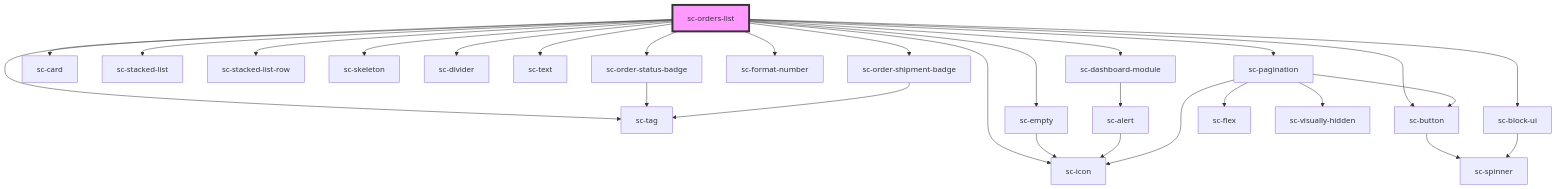
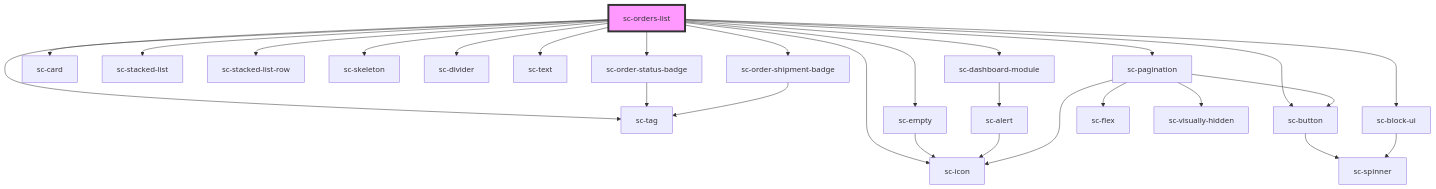
The diagram in packages/components/src/components/controllers/dashboard/orders-list/readme.md (surecart/surecart-wp-plugin), drawn with Mermaid before and after one commit. The commit also changed other lines of this file and 37 other files, not shown here.

````diff
--- a/packages/components/src/components/controllers/dashboard/orders-list/readme.md
+++ b/packages/components/src/components/controllers/dashboard/orders-list/readme.md
@@ -40,31 +39,30 @@
 ```mermaid
 graph TD;
   sc-orders-list --> sc-tag
   sc-orders-list --> sc-order-status-badge
   sc-orders-list --> sc-card
   sc-orders-list --> sc-stacked-list
   sc-orders-list --> sc-stacked-list-row
   sc-orders-list --> sc-skeleton
   sc-orders-list --> sc-divider
   sc-orders-list --> sc-empty
   sc-orders-list --> sc-text
   sc-orders-list --> sc-order-shipment-badge
-  sc-orders-list --> sc-format-number
   sc-orders-list --> sc-dashboard-module
   sc-orders-list --> sc-button
   sc-orders-list --> sc-icon
   sc-orders-list --> sc-pagination
   sc-orders-list --> sc-block-ui
   sc-order-status-badge --> sc-tag
   sc-empty --> sc-icon
   sc-order-shipment-badge --> sc-tag
   sc-dashboard-module --> sc-alert
   sc-alert --> sc-icon
   sc-button --> sc-spinner
   sc-pagination --> sc-flex
   sc-pagination --> sc-button
   sc-pagination --> sc-visually-hidden
   sc-pagination --> sc-icon
   sc-block-ui --> sc-spinner
   style sc-orders-list fill:#f9f,stroke:#333,stroke-width:4px
 ```
````
